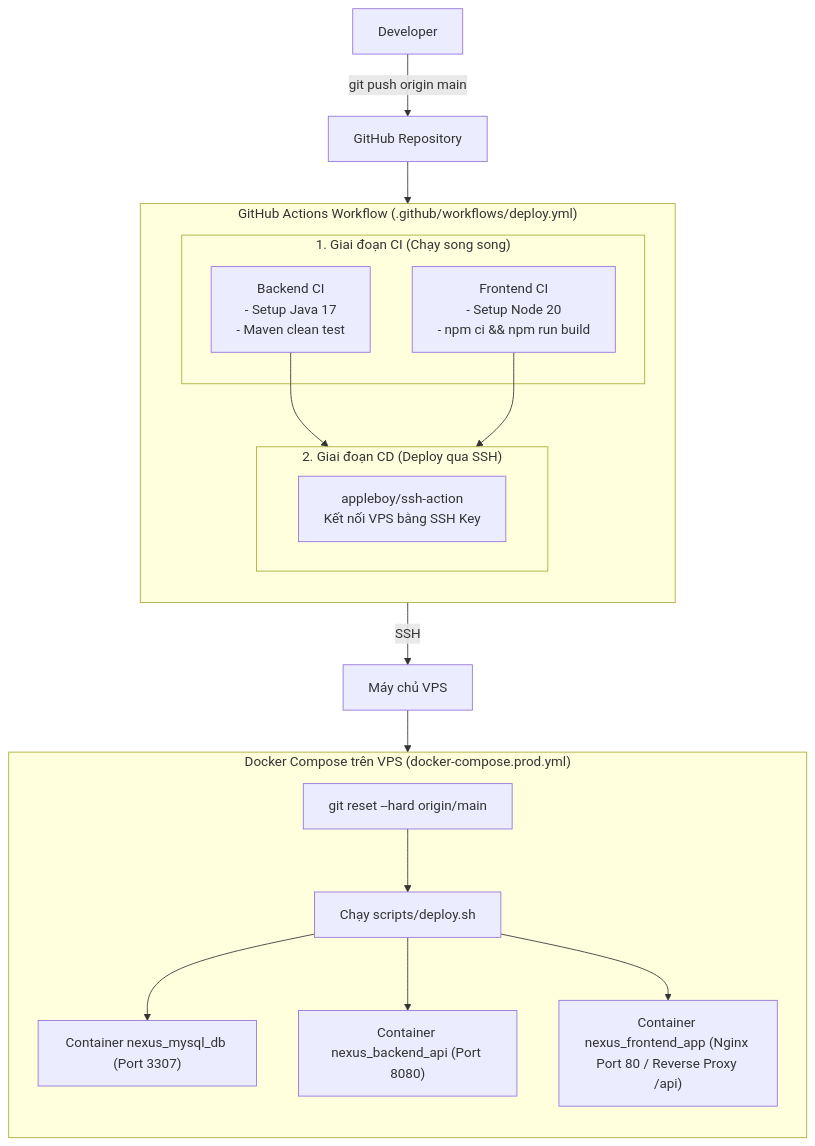
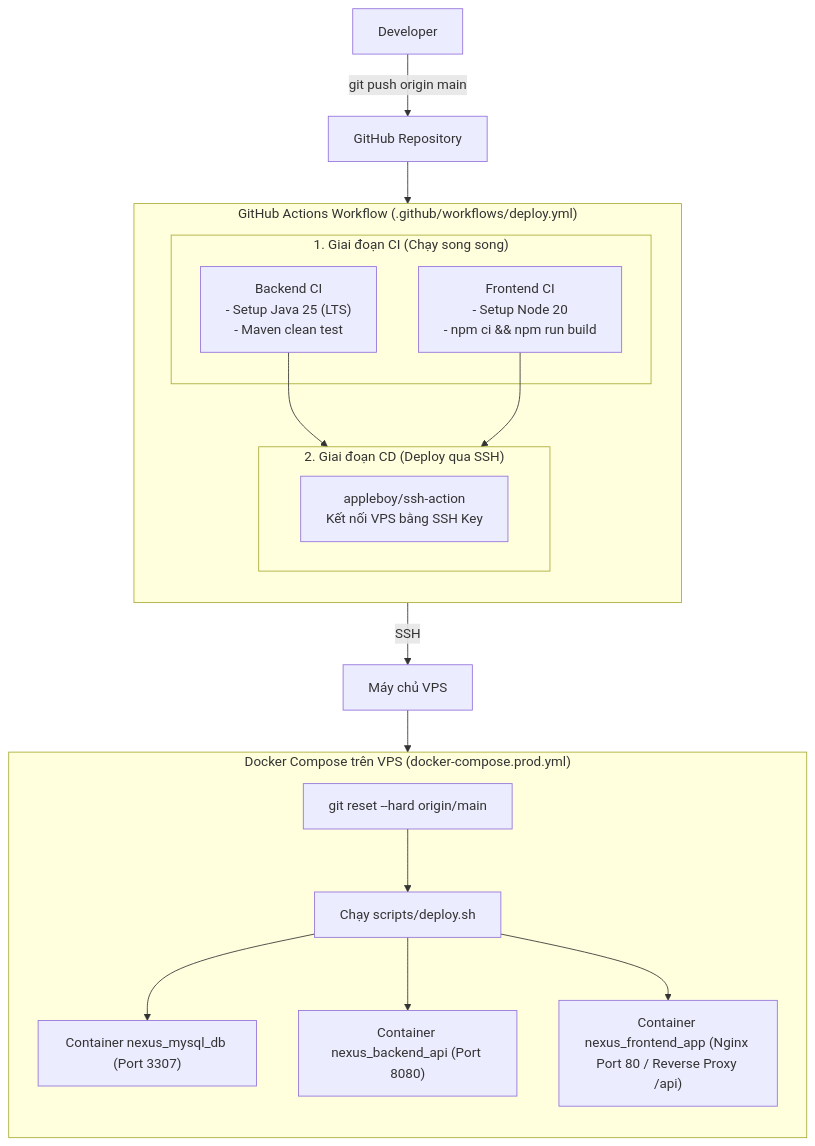
One commit to luonghoangphat2001/project-nexus-portal changed the diagram in project-nexus-portal/docs/CI_CD_DEPLOYMENT_GUIDE.md. Above: the diagram before and after it, drawn with Mermaid. The commit also changed other lines of this file and 22 other files, not shown here.

````diff
--- a/project-nexus-portal/docs/CI_CD_DEPLOYMENT_GUIDE.md
+++ b/project-nexus-portal/docs/CI_CD_DEPLOYMENT_GUIDE.md
@@ -9,38 +9,38 @@
 ```mermaid
 flowchart TD
     Dev["Developer"] -->|"git push origin main"| GitHub["GitHub Repository"]
     
     subgraph GitHub_Actions["GitHub Actions Workflow (.github/workflows/deploy.yml)"]
         direction TB
         subgraph CI["1. Giai đoạn CI (Chạy song song)"]
-            BE_CI["Backend CI\n- Setup Java 17\n- Maven clean test"]
+            BE_CI["Backend CI\n- Setup Java 25 (LTS)\n- Maven clean test"]
             FE_CI["Frontend CI\n- Setup Node 20\n- npm ci && npm run build"]
         end
         
         subgraph CD["2. Giai đoạn CD (Deploy qua SSH)"]
             SSH["appleboy/ssh-action\nKết nối VPS bằng SSH Key"]
         end
         
         BE_CI --> CD
         FE_CI --> CD
     end
 
     GitHub --> GitHub_Actions
     CD -->|"SSH"| VPS["Máy chủ VPS"]
     
     subgraph VPS_Docker["Docker Compose trên VPS (docker-compose.prod.yml)"]
         direction TB
         GitPull["git reset --hard origin/main"]
         DeployScript["Chạy scripts/deploy.sh"]
         MySQL["Container nexus_mysql_db (Port 3307)"]
         BE["Container nexus_backend_api (Port 8080)"]
         FE["Container nexus_frontend_app (Nginx Port 80 / Reverse Proxy /api)"]
         
         GitPull --> DeployScript
         DeployScript --> MySQL
         DeployScript --> BE
         DeployScript --> FE
     end
 
     VPS --> VPS_Docker
 ```
````
